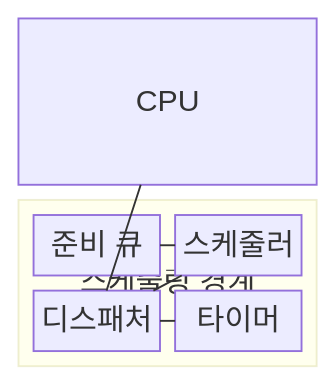
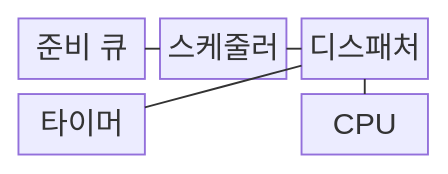
Before and after one commit to agnusdei1207/knowledge-base: the first of 2 diagrams in src/content/docs/notes/03-software/004_process_scheduling.md, drawn with Mermaid. The commit also changed other lines of this file and 493 other files, not shown here.

````diff
--- a/src/content/docs/notes/03-software/004_process_scheduling.md
+++ b/src/content/docs/notes/03-software/004_process_scheduling.md
@@ -68,16 +68,10 @@
 ```mermaid
-block
-    columns 1
-    C["CPU"]
-    block:K["스케줄링 경계"]
-        columns 2
-        Q["준비 큐"]
-        S["스케줄러"]
-        D["디스패처"]
-        T["타이머"]
-    end
-    Q --- S
-    S --- D
-    D --- C
-    T --- D
+block-beta
+  columns 3
+  Q["준비 큐"] S["스케줄러"] D["디스패처"]
+  T["타이머"] space C["CPU"]
+  Q --- S
+  S --- D
+  T --- D
+  D --- C
 ```
````
